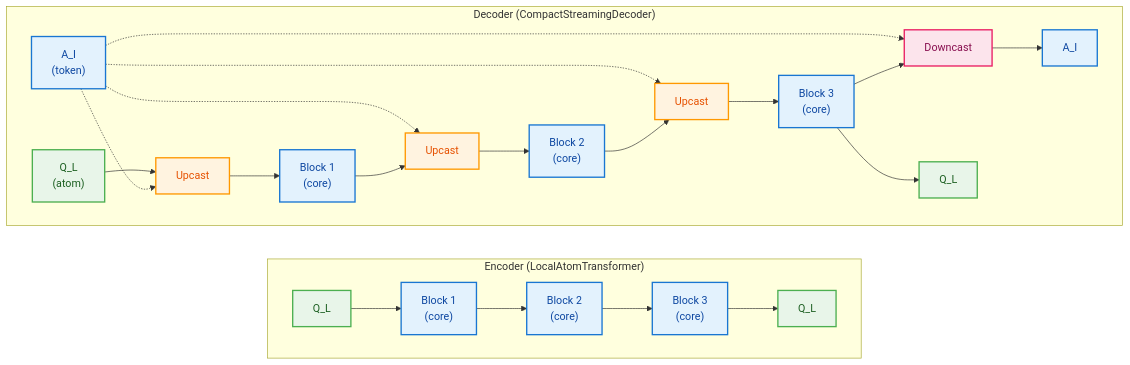
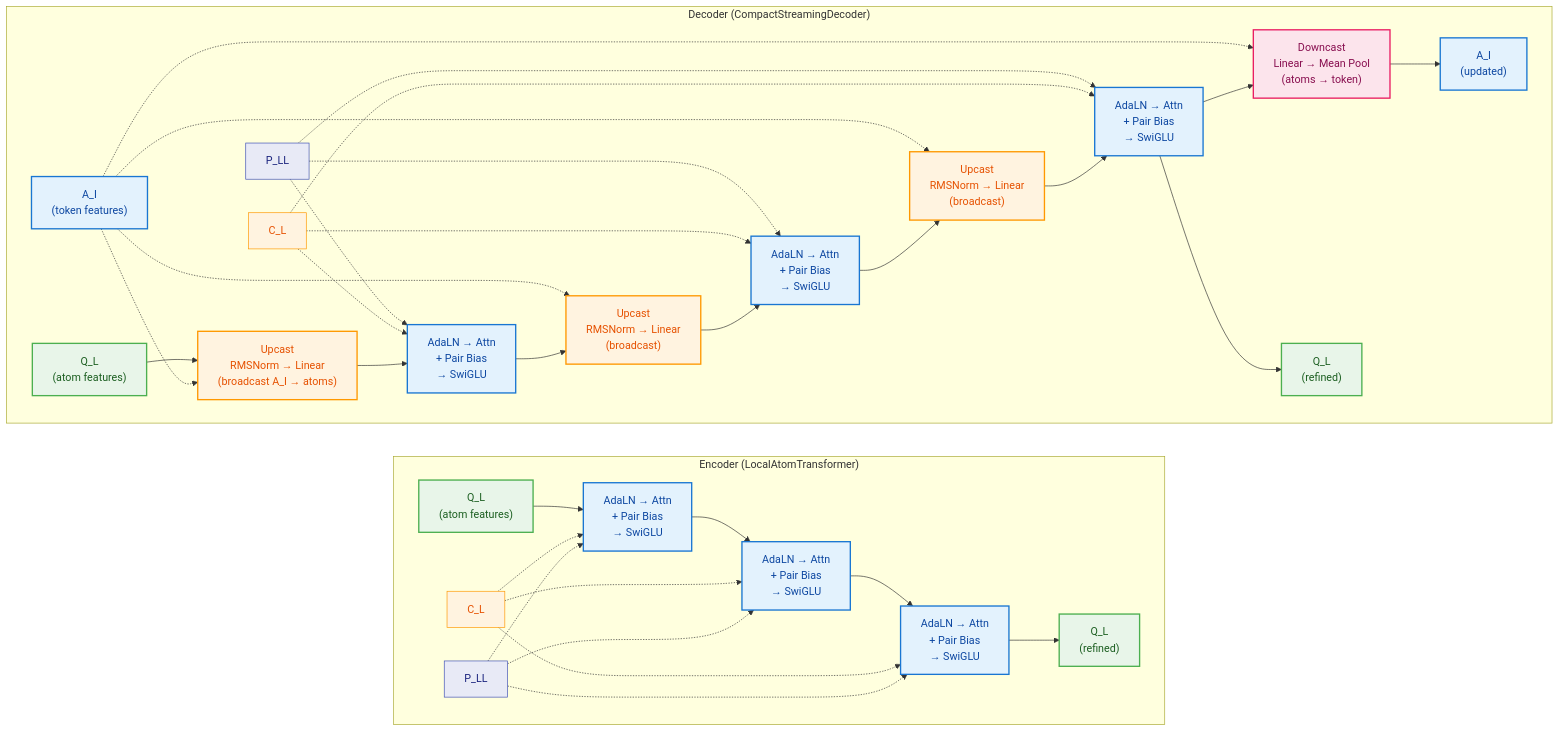
One commit to RTae/foundry changed the fourth of 14 diagrams in models/rfd3/RFD3_architecture_mermaid.md. Above: the diagram before and after it, drawn with Mermaid.

Commit message:
refactor: update RFD3 architecture documentation with enhanced detail on encoder/decoder flow and feature annotations

````diff
--- a/models/rfd3/RFD3_architecture_mermaid.md
+++ b/models/rfd3/RFD3_architecture_mermaid.md
@@ -166,35 +166,43 @@
 ```mermaid
 flowchart LR
     subgraph Encoder["Encoder (LocalAtomTransformer)"]
         direction LR
-        E_IN["Q_L"] --> EB1["Block 1\n(core)"] --> EB2["Block 2\n(core)"] --> EB3["Block 3\n(core)"] --> E_OUT["Q_L"]
+        E_IN["Q_L\n(atom features)"] --> EB1["AdaLN → Attn\n+ Pair Bias\n→ SwiGLU"] --> EB2["AdaLN → Attn\n+ Pair Bias\n→ SwiGLU"] --> EB3["AdaLN → Attn\n+ Pair Bias\n→ SwiGLU"] --> E_OUT["Q_L\n(refined)"]
+        E_CL["C_L"] -.-> EB1 & EB2 & EB3
+        E_PLL["P_LL"] -.-> EB1 & EB2 & EB3
     end
 
     subgraph Decoder["Decoder (CompactStreamingDecoder)"]
         direction LR
-        D_AI["A_I\n(token)"] -.-> U1
-        D_QL["Q_L\n(atom)"] --> U1["Upcast"] --> DB1["Block 1\n(core)"] --> U2["Upcast"] --> DB2["Block 2\n(core)"] --> U3["Upcast"] --> DB3["Block 3\n(core)"] --> DC["Downcast"]
+        D_AI["A_I\n(token features)"] -.-> U1
+        D_QL["Q_L\n(atom features)"] --> U1["Upcast\nRMSNorm → Linear\n(broadcast A_I → atoms)"] --> DB1["AdaLN → Attn\n+ Pair Bias\n→ SwiGLU"] --> U2["Upcast\nRMSNorm → Linear\n(broadcast)"] --> DB2["AdaLN → Attn\n+ Pair Bias\n→ SwiGLU"] --> U3["Upcast\nRMSNorm → Linear\n(broadcast)"] --> DB3["AdaLN → Attn\n+ Pair Bias\n→ SwiGLU"] --> DC["Downcast\nLinear → Mean Pool\n(atoms → token)"]
         D_AI -.-> U2
         D_AI -.-> U3
         D_AI -.-> DC
-        DC --> D_AI_OUT["A_I"]
-        DB3 --> D_QL_OUT["Q_L"]
+        D_CL["C_L"] -.-> DB1 & DB2 & DB3
+        D_PLL["P_LL"] -.-> DB1 & DB2 & DB3
+        DC --> D_AI_OUT["A_I\n(updated)"]
+        DB3 --> D_QL_OUT["Q_L\n(refined)"]
     end
 
     style E_IN fill:#e8f5e9,stroke:#4CAF50,stroke-width:2px,color:#1B5E20
     style E_OUT fill:#e8f5e9,stroke:#4CAF50,stroke-width:2px,color:#1B5E20
     style EB1 fill:#e3f2fd,stroke:#1976D2,stroke-width:2px,color:#0D47A1
     style EB2 fill:#e3f2fd,stroke:#1976D2,stroke-width:2px,color:#0D47A1
     style EB3 fill:#e3f2fd,stroke:#1976D2,stroke-width:2px,color:#0D47A1
+    style E_CL fill:#fff3e0,stroke:#FF9800,stroke-width:1px,color:#E65100
+    style E_PLL fill:#e8eaf6,stroke:#3F51B5,stroke-width:1px,color:#1A237E
     style D_AI fill:#e3f2fd,stroke:#1976D2,stroke-width:2px,color:#0D47A1
     style D_QL fill:#e8f5e9,stroke:#4CAF50,stroke-width:2px,color:#1B5E20
     style D_AI_OUT fill:#e3f2fd,stroke:#1976D2,stroke-width:2px,color:#0D47A1
     style D_QL_OUT fill:#e8f5e9,stroke:#4CAF50,stroke-width:2px,color:#1B5E20
     style U1 fill:#fff3e0,stroke:#FF9800,stroke-width:2px,color:#E65100
     style U2 fill:#fff3e0,stroke:#FF9800,stroke-width:2px,color:#E65100
     style U3 fill:#fff3e0,stroke:#FF9800,stroke-width:2px,color:#E65100
     style DC fill:#fce4ec,stroke:#E91E63,stroke-width:2px,color:#880E4F
     style DB1 fill:#e3f2fd,stroke:#1976D2,stroke-width:2px,color:#0D47A1
     style DB2 fill:#e3f2fd,stroke:#1976D2,stroke-width:2px,color:#0D47A1
     style DB3 fill:#e3f2fd,stroke:#1976D2,stroke-width:2px,color:#0D47A1
+    style D_CL fill:#fff3e0,stroke:#FF9800,stroke-width:1px,color:#E65100
+    style D_PLL fill:#e8eaf6,stroke:#3F51B5,stroke-width:1px,color:#1A237E
 ```
````
